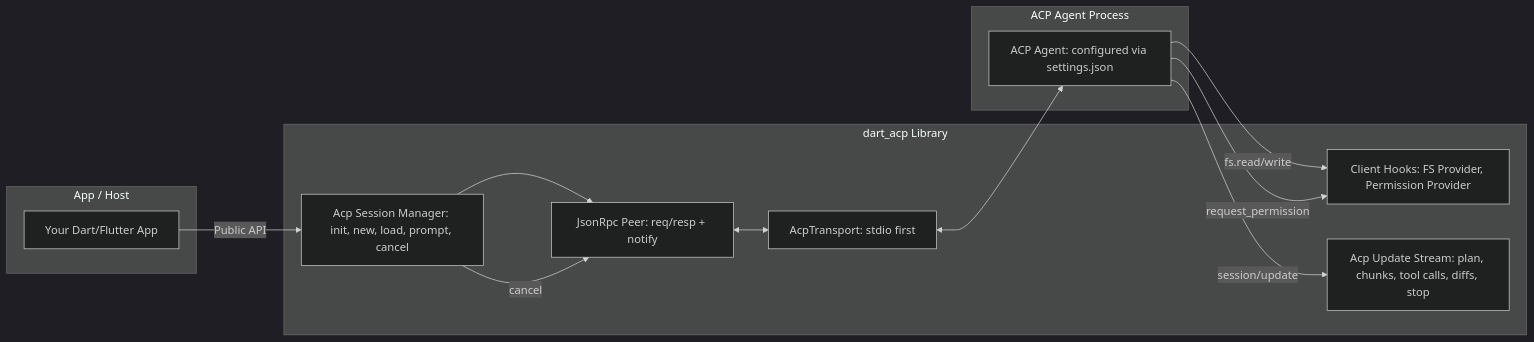
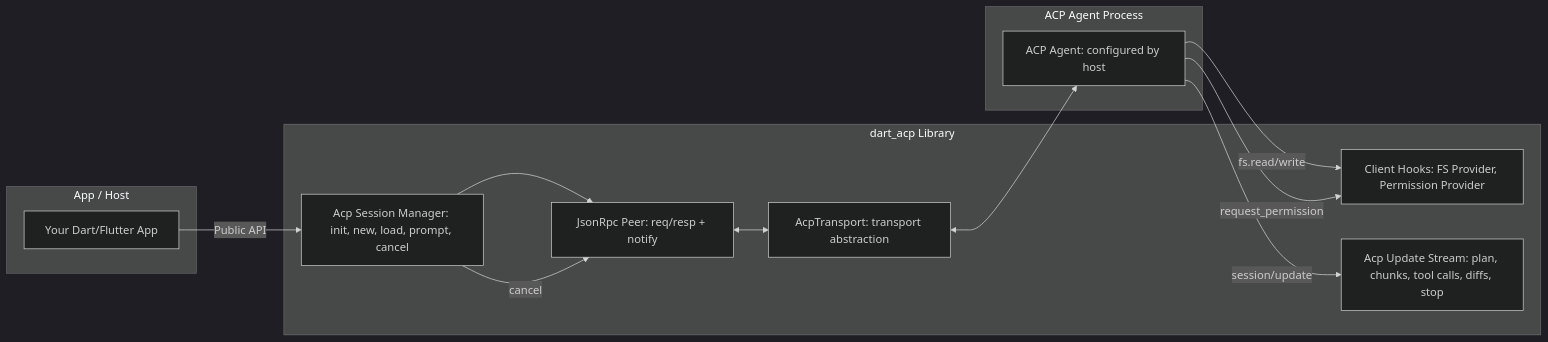
The first of 5 diagrams in specs/dart_acp_technical_design.md (csells/dart_acp), drawn with Mermaid (dark theme) before and after one commit. The commit also changed other lines of this file and 12 other files, not shown here.

Commit message:
Add acp server settings.json; update the sample app.

````diff
--- a/specs/dart_acp_technical_design.md
+++ b/specs/dart_acp_technical_design.md
@@ -45,27 +45,27 @@
 ```mermaid
 flowchart LR
   subgraph App / Host
     A[Your Dart/Flutter App]
   end
 
   subgraph dart_acp Library
-    T[AcpTransport: stdio first]
+    T[AcpTransport: transport abstraction]
     P[JsonRpc Peer: req/resp + notify]
     S[Acp Session Manager: init, new, load, prompt, cancel]
     H[Client Hooks: FS Provider, Permission Provider]
     U[Acp Update Stream: plan, chunks, tool calls, diffs, stop]
   end
 
   subgraph ACP Agent Process
-    Z[ACP Agent: configured via settings.json]
+    Z[ACP Agent: configured by host]
   end
 
   A -->|Public API| S
   S --> P
   P <--> T
   T <--> Z
   Z -->|session/update| U
   Z -->|fs.read/write| H
   Z -->|request_permission| H
   S -->|cancel| P
 ```
````
